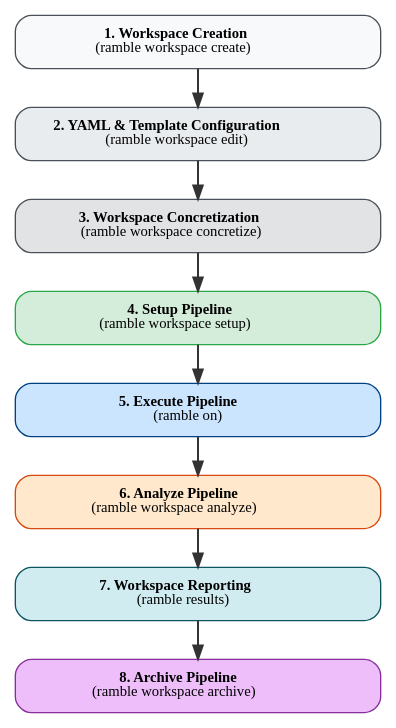
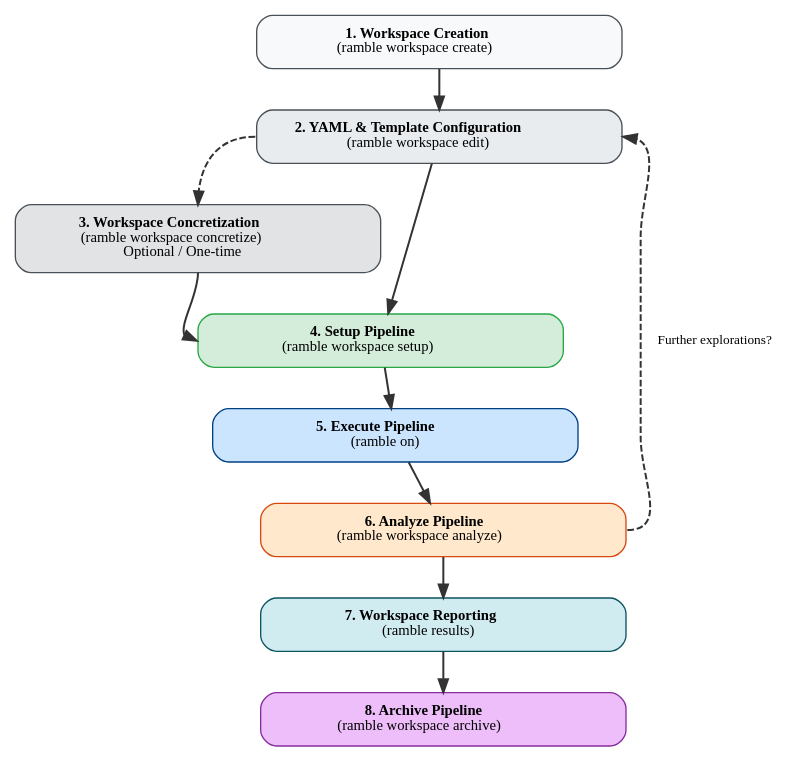
One commit to Ramble-Project/ramble changed the diagram in lib/ramble/docs/pipelines.rst. Above: the diagram before and after it, drawn with Graphviz. The commit also changed other lines of this file and 1 other file, not shown here.

Commit message:
Updates to reviewer comments

```diff
--- a/lib/ramble/docs/pipelines.rst
+++ b/lib/ramble/docs/pipelines.rst
@@ -24,60 +24,66 @@
 .. graphviz::
 
     digraph workspace_workflow {
         fontsize=12;
         rankdir=TB;
         nodesep=0.4;
         ranksep=0.4;
 
         node [
             shape=box,
             style="filled,rounded",
             fontsize=11,
             margin="0.3,0.12",
             width=3.8
         ];
         edge [fontsize=10, color="#333333", penwidth=1.5];
 
         step1 [
             label=<<b>1. Workspace Creation</b><br/>(ramble workspace create)>,
             fillcolor="#f8f9fa",
             color="#495057"
         ];
         step2 [
             label=<<b>2. YAML &amp; Template Configuration</b><br/>(ramble workspace edit)>,
             fillcolor="#e9ecef",
             color="#495057"
         ];
         step3 [
-            label=<<b>3. Workspace Concretization</b><br/>(ramble workspace concretize)>,
+            label=<<b>3. Workspace Concretization</b><br/>(ramble workspace concretize)<br/>Optional / One-time>,
             fillcolor="#e2e3e5",
             color="#495057"
         ];
         step4 [
             label=<<b>4. Setup Pipeline</b><br/>(ramble workspace setup)>,
             fillcolor="#d4edda",
             color="#28a745"
         ];
         step5 [
             label=<<b>5. Execute Pipeline</b><br/>(ramble on)>,
             fillcolor="#cce5ff",
             color="#004085"
         ];
         step6 [
             label=<<b>6. Analyze Pipeline</b><br/>(ramble workspace analyze)>,
             fillcolor="#ffe8cc",
             color="#d9480f"
         ];
         step7 [
             label=<<b>7. Workspace Reporting</b><br/>(ramble results)>,
             fillcolor="#d1ecf1",
             color="#0c5460"
         ];
         step8 [
             label=<<b>8. Archive Pipeline</b><br/>(ramble workspace archive)>,
             fillcolor="#eebefa",
             color="#862e9c"
         ];
 
-        step1 -> step2 -> step3 -> step4 -> step5 -> step6 -> step7 -> step8;
+        step1 -> step2 -> step4 -> step5 -> step6 -> step7 -> step8;
+        step2:w -> step3:n [style=dashed];
+        step3:s -> step4:w;
+        step6:e -> step2:e [
+            label="Further explorations?",
+            style=dashed
+        ];
     }
```
